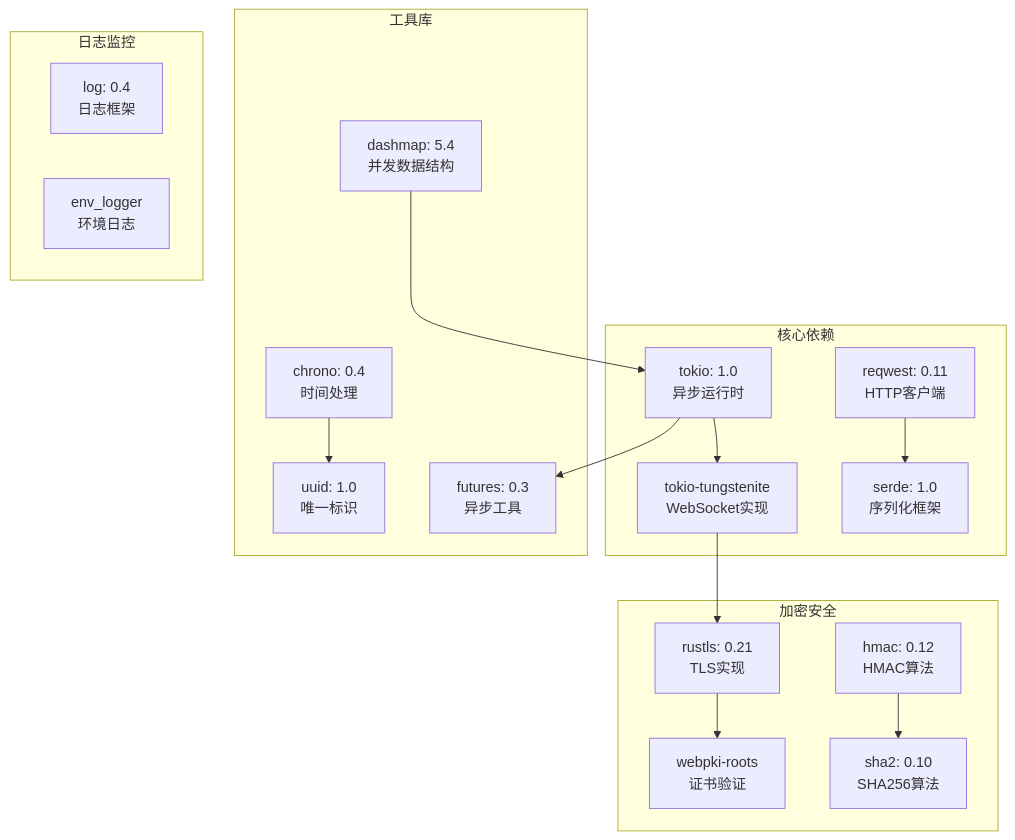
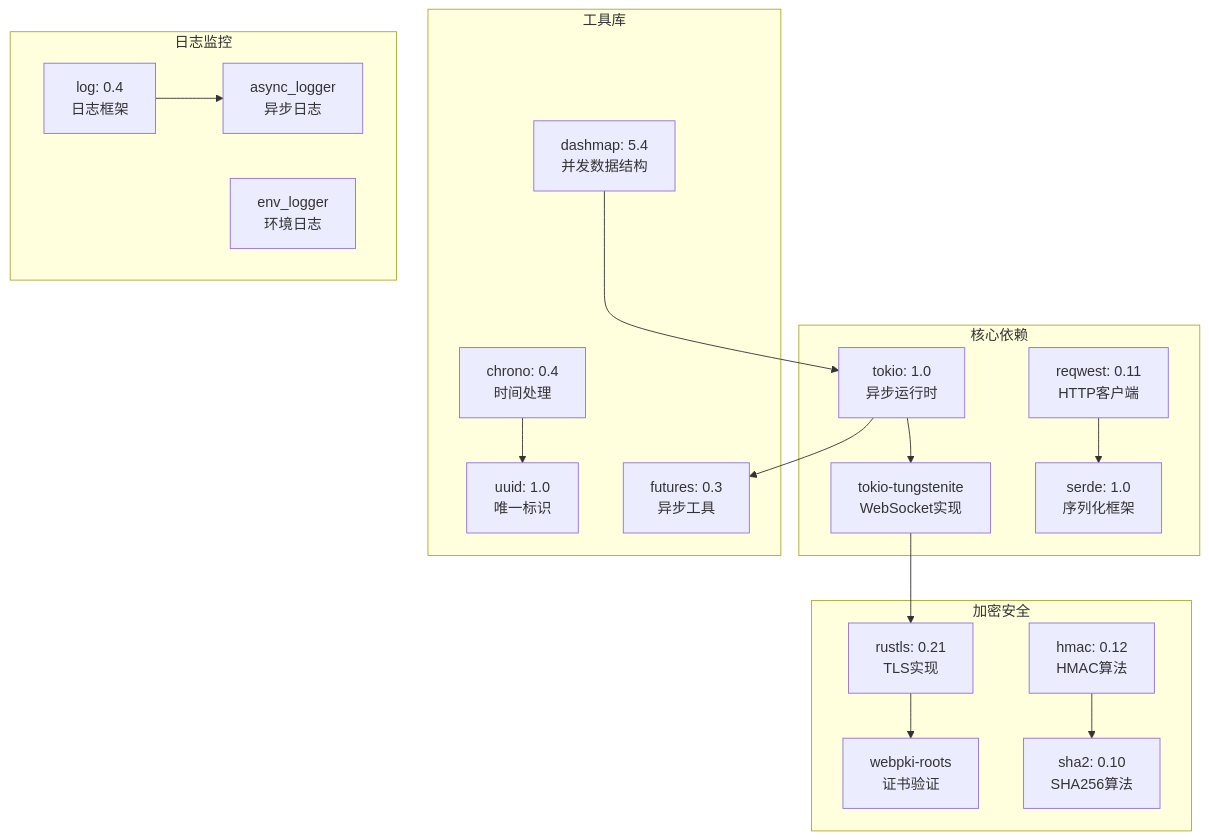
Before and after one commit to Heres1/binanceWebsocket: diagram 13 of 13 in .qoder/repowiki/zh/content/核心模块/Binance客户端.md, drawn with Mermaid. The commit also changed other lines of this file and 8 other files, not shown here.

````diff
--- a/.qoder/repowiki/zh/content/核心模块/Binance客户端.md
+++ b/.qoder/repowiki/zh/content/核心模块/Binance客户端.md
@@ -493,33 +587,35 @@
 ```mermaid
 graph TB
 subgraph "核心依赖"
 TOKIO[tokio: 1.0<br/>异步运行时]
 SERDE[serde: 1.0<br/>序列化框架]
 REQWEST[reqwest: 0.11<br/>HTTP客户端]
 TUNGSTENITE[tokio-tungstenite<br/>WebSocket实现]
 end
 subgraph "加密安全"
 RUSTLS[rustls: 0.21<br/>TLS实现]
 WEBPKI[webpki-roots<br/>证书验证]
 HMAC[hmac: 0.12<br/>HMAC算法]
 SHA2[sha2: 0.10<br/>SHA256算法]
 end
 subgraph "工具库"
 FUTURES[futures: 0.3<br/>异步工具]
 CHRONO[chrono: 0.4<br/>时间处理]
 UUID[uuid: 1.0<br/>唯一标识]
 DASHMAP[dashmap: 5.4<br/>并发数据结构]
 end
 subgraph "日志监控"
 LOG[log: 0.4<br/>日志框架]
 ENV_LOGGER[env_logger<br/>环境日志]
+ASYNC_LOGGER[async_logger<br/>异步日志]
 end
 TOKIO --> TUNGSTENITE
 REQWEST --> SERDE
 TUNGSTENITE --> RUSTLS
 RUSTLS --> WEBPKI
 HMAC --> SHA2
 TOKIO --> FUTURES
 CHRONO --> UUID
 DASHMAP --> TOKIO
+LOG --> ASYNC_LOGGER
 ```
````
